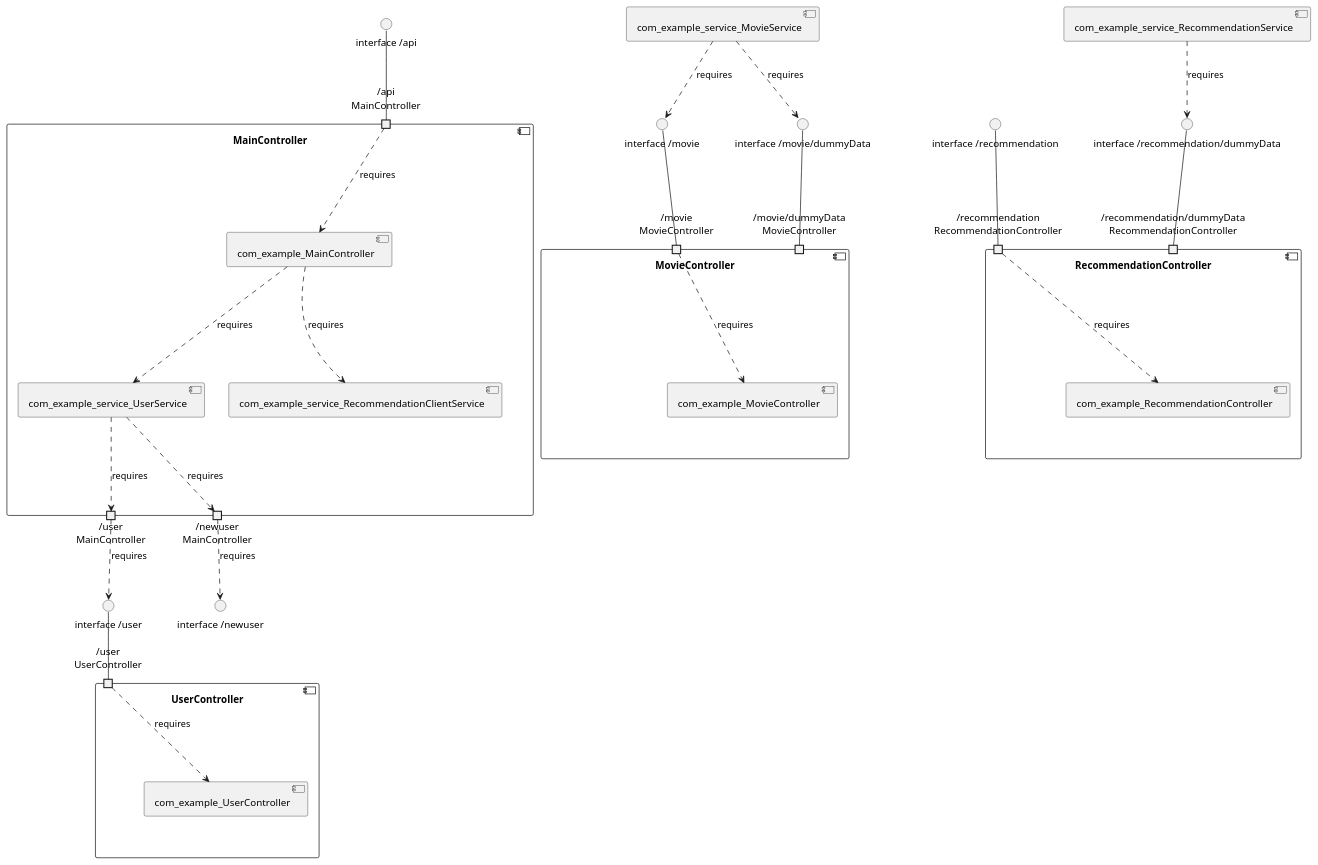
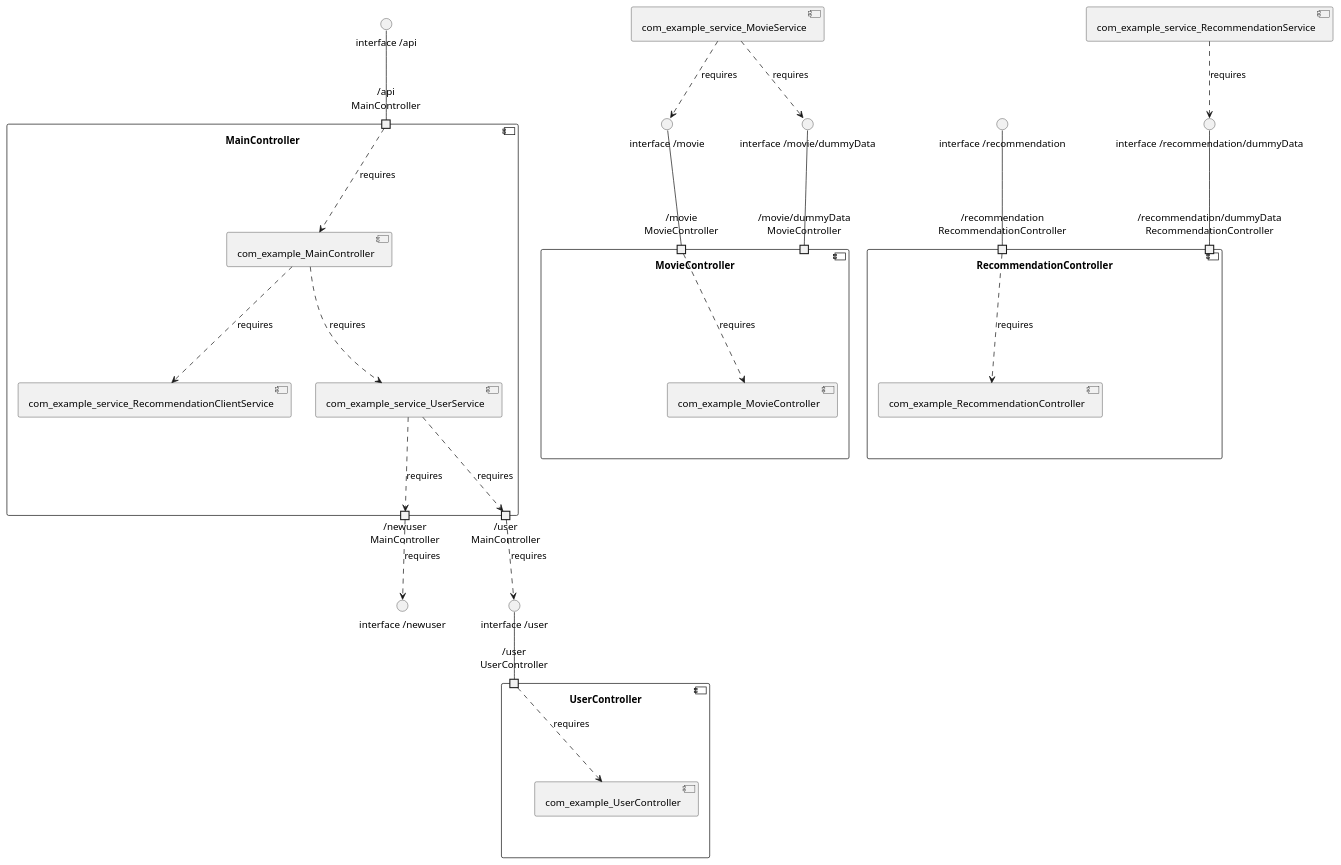
Before and after one commit to View-Based-Reverse-Engineering/Retriever-Benchmark: the diagram in spring-cloud-movie-recommendation/model_re/uml/componentDiagram.puml, drawn with PlantUML. The commit also changed other lines of this file and 137 other files, not shown here.

```diff
--- a/spring-cloud-movie-recommendation/model_re/uml/componentDiagram.puml
+++ b/spring-cloud-movie-recommendation/model_re/uml/componentDiagram.puml
@@ -1,45 +1,45 @@
 @startuml
 skinparam fixCircleLabelOverlapping true
 component "MainController\n\n\n\n\n\n" {
+[com_example_service_UserService]
+[com_example_service_RecommendationClientService]
 [com_example_MainController]
-[com_example_service_RecommendationClientService]
-[com_example_service_UserService]
 portin "/api\nMainController"
+portout "/newuser\nMainController"
 portout "/user\nMainController"
-portout "/newuser\nMainController"
 [com_example_MainController]..>[com_example_service_RecommendationClientService] : requires
 [com_example_MainController]..>[com_example_service_UserService] : requires
 "/api\nMainController"..>[com_example_MainController] : requires
 [com_example_service_UserService]..>"/user\nMainController" : requires
 [com_example_service_UserService]..>"/newuser\nMainController" : requires
 }
 "interface /api"--"/api\nMainController"
 "/user\nMainController"..>"interface /user" : requires
 "/newuser\nMainController"..>"interface /newuser" : requires
 component "MovieController\n\n\n\n\n\n" {
 [com_example_MovieController]
 portin "/movie/dummyData\nMovieController"
 portin "/movie\nMovieController"
 "/movie\nMovieController"..>[com_example_MovieController] : requires
 }
 "interface /movie"--"/movie\nMovieController"
 "interface /movie/dummyData"--"/movie/dummyData\nMovieController"
 component "RecommendationController\n\n\n\n\n\n" {
 [com_example_RecommendationController]
+portin "/recommendation\nRecommendationController"
 portin "/recommendation/dummyData\nRecommendationController"
-portin "/recommendation\nRecommendationController"
 "/recommendation\nRecommendationController"..>[com_example_RecommendationController] : requires
 }
 "interface /recommendation"--"/recommendation\nRecommendationController"
 "interface /recommendation/dummyData"--"/recommendation/dummyData\nRecommendationController"
 component "UserController\n\n\n\n\n\n" {
 [com_example_UserController]
 portin "/user\nUserController"
 "/user\nUserController"..>[com_example_UserController] : requires
 }
 "interface /user"--"/user\nUserController"
 [com_example_service_MovieService]..>"interface /movie" : requires
 [com_example_service_MovieService]..>"interface /movie/dummyData" : requires
 [com_example_service_RecommendationService]..>"interface /recommendation/dummyData" : requires
 
 @enduml
```
